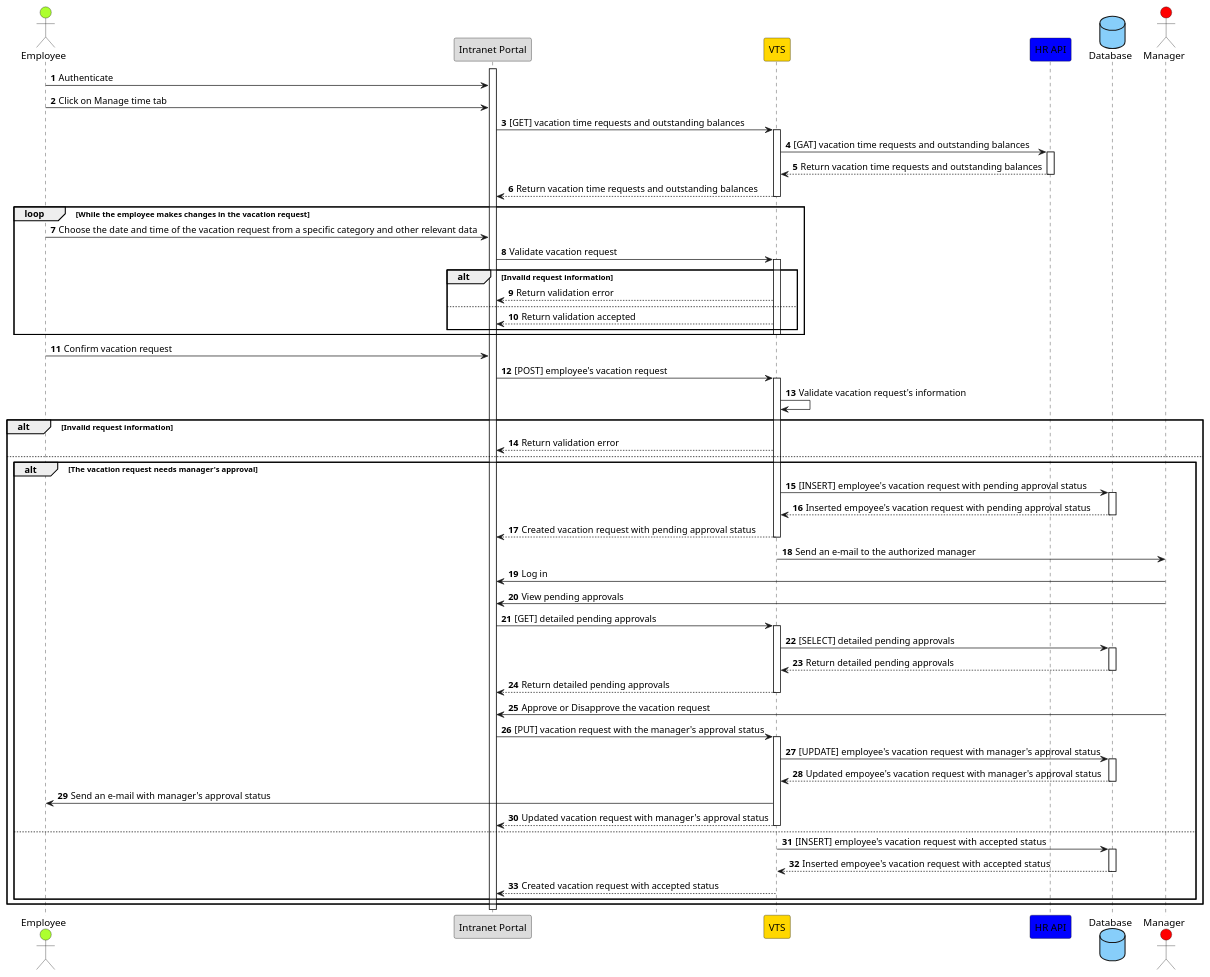
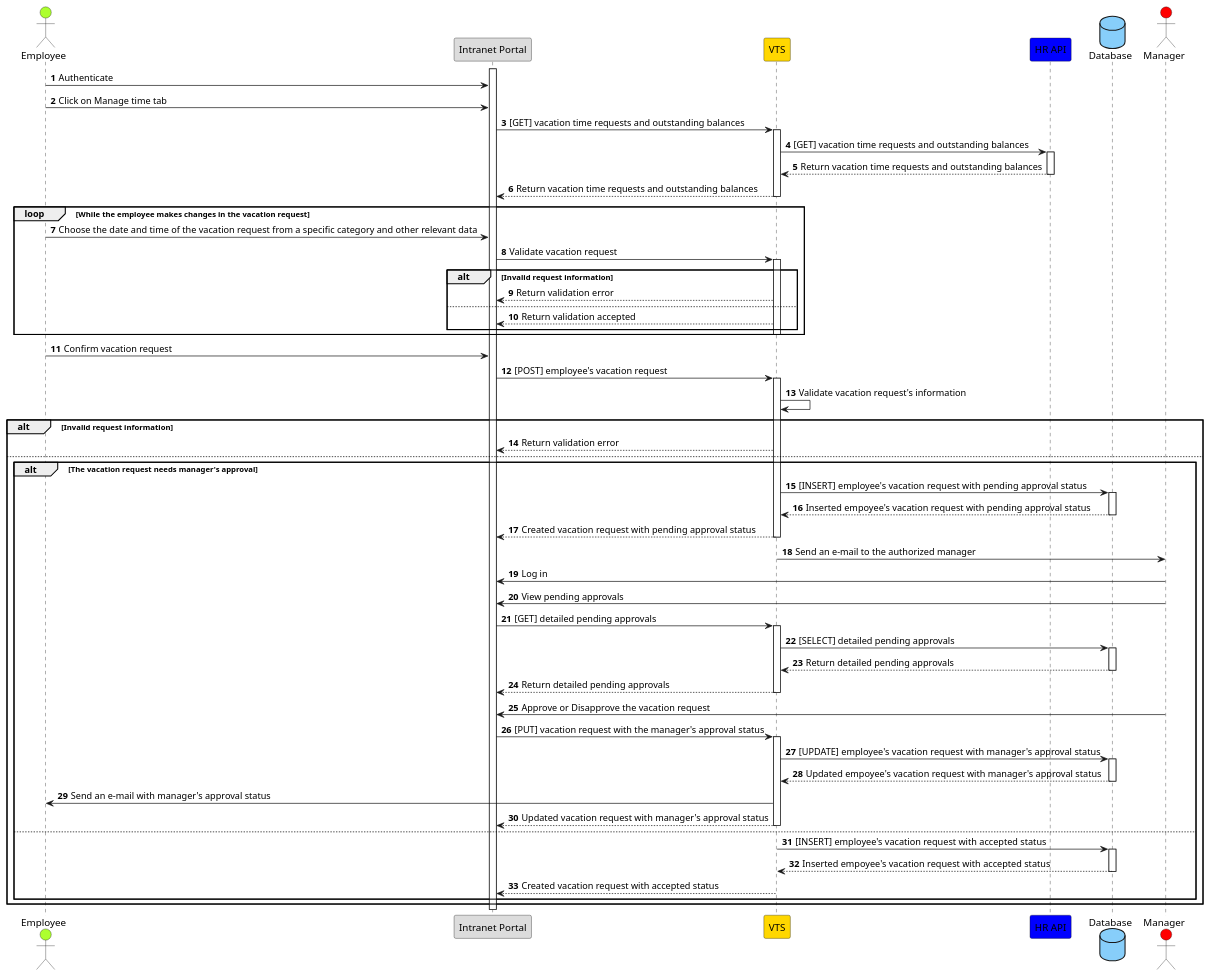
The diagram in diagrams/sequence-diagrams/manage-time.puml (Adel1250/Vacation-Tracking-System), drawn with PlantUML before and after one commit.

Commit message:
Update Manage Time SD

```diff
--- a/diagrams/sequence-diagrams/manage-time.puml
+++ b/diagrams/sequence-diagrams/manage-time.puml
@@ -1,81 +1,81 @@
 @startuml High level Manage Time Flow
 
 actor "Employee" as EMP #GreenYellow
 participant "Intranet Portal" as IP #Gainsboro
 participant VTS #Gold
 participant "HR API" as API #Blue
 
 database "Database" as DB #LightSkyBlue
 
 actor "Manager" as MNG #RED
 
 autonumber
 
 activate IP
 EMP -> IP: Authenticate
 EMP -> IP: Click on Manage time tab
 IP -> VTS: [GET] vacation time requests and outstanding balances
 activate VTS
-VTS -> API: [GAT] vacation time requests and outstanding balances
+VTS -> API: [GET] vacation time requests and outstanding balances
 activate API
 API --> VTS: Return vacation time requests and outstanding balances
 deactivate API
 VTS --> IP: Return vacation time requests and outstanding balances
 deactivate VTS
 loop While the employee makes changes in the vacation request
     EMP -> IP: Choose the date and time of the vacation request from a specific category and other relevant data
     IP -> VTS: Validate vacation request
     activate VTS
     alt Invalid request information
         VTS --> IP: Return validation error
     else 
         VTS --> IP: Return validation accepted
     end
     deactivate VTS
 end
 EMP -> IP: Confirm vacation request
 IP -> VTS: [POST] employee's vacation request
 activate VTS
 VTS -> VTS: Validate vacation request's information
 alt Invalid request information
     VTS --> IP: Return validation error
 else
     alt The vacation request needs manager's approval
         VTS -> DB: [INSERT] employee's vacation request with pending approval status
         activate DB
         DB --> VTS: Inserted empoyee's vacation request with pending approval status
         deactivate DB
         VTS --> IP: Created vacation request with pending approval status
         deactivate VTS
         VTS -> MNG: Send an e-mail to the authorized manager
         MNG -> IP: Log in
         MNG-> IP: View pending approvals
         IP -> VTS: [GET] detailed pending approvals
         activate VTS
         VTS -> DB: [SELECT] detailed pending approvals
         activate DB
         DB --> VTS: Return detailed pending approvals
         deactivate DB
         VTS --> IP: Return detailed pending approvals
         deactivate VTS
         MNG -> IP: Approve or Disapprove the vacation request
         IP -> VTS: [PUT] vacation request with the manager's approval status
         activate VTS
         VTS -> DB: [UPDATE] employee's vacation request with manager's approval status
         activate DB
         DB --> VTS: Updated empoyee's vacation request with manager's approval status
         deactivate DB
         VTS -> EMP: Send an e-mail with manager's approval status
         VTS --> IP: Updated vacation request with manager's approval status
         deactivate VTS
     else
         VTS -> DB: [INSERT] employee's vacation request with accepted status
         activate DB
         DB --> VTS: Inserted empoyee's vacation request with accepted status
         deactivate DB
         VTS --> IP: Created vacation request with accepted status
         deactivate VTS
     end
 end
 
 @enduml
```
